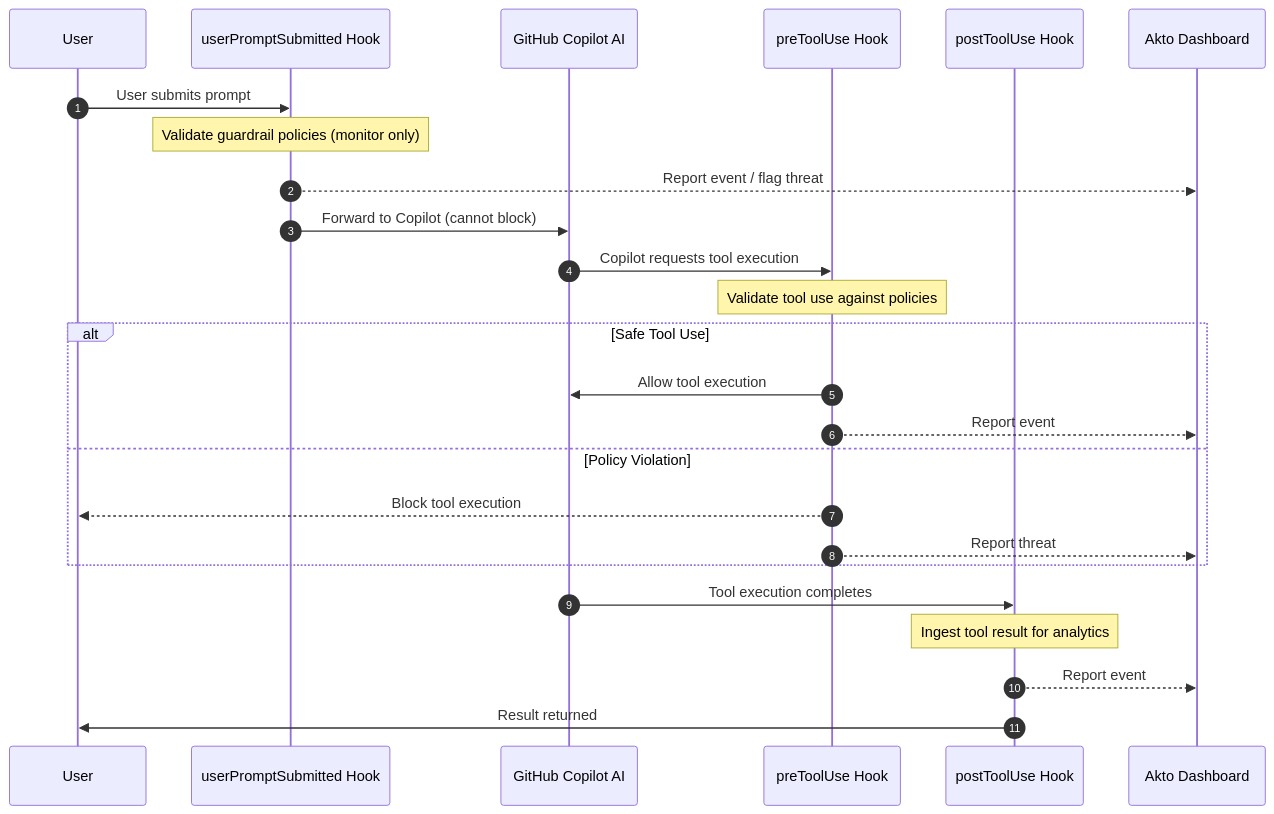
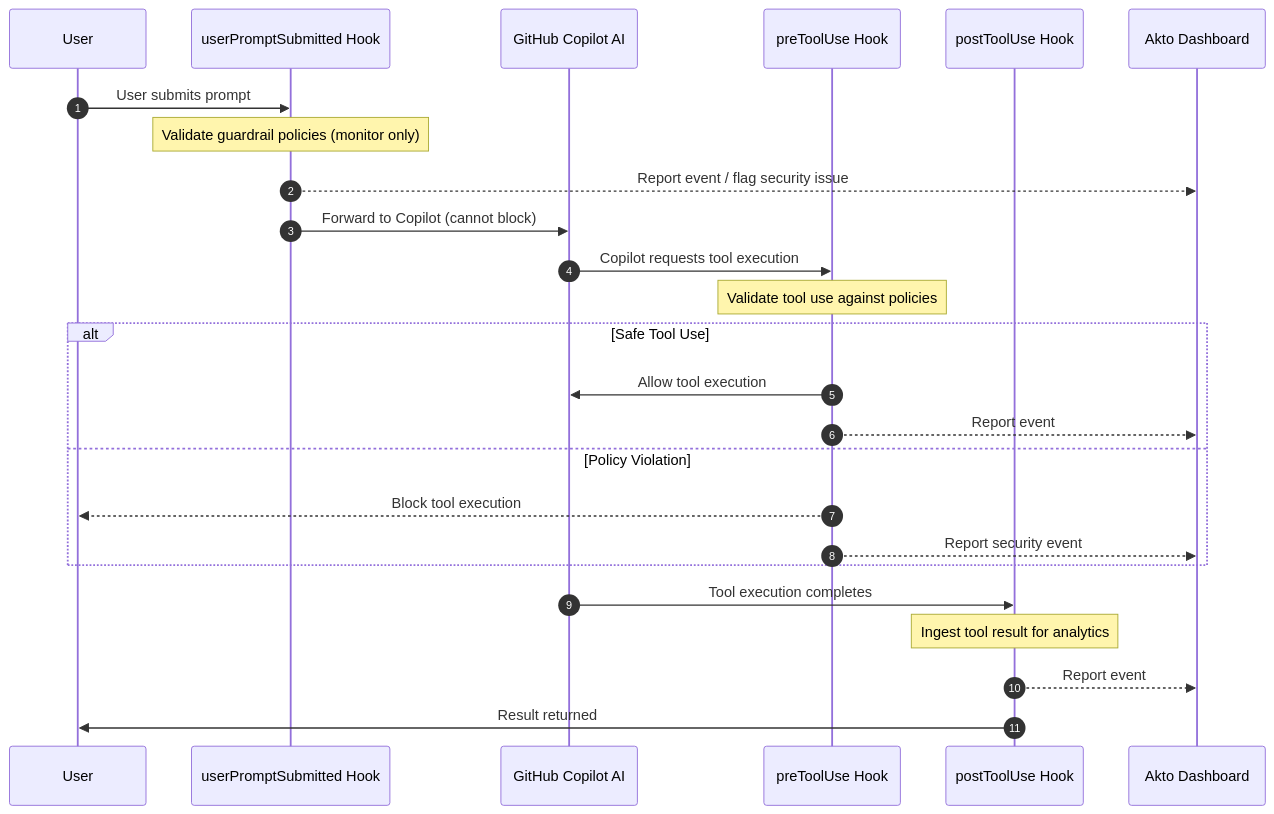
Before and after one commit to akto-api-security/Documentation: the diagram in akto-atlas-agentic-ai-security-for-employee-endpoints/endpoints-discovery-agents/copilot-cli-hooks.md, drawn with Mermaid. The commit also changed 40 other files, not shown here.

````diff
--- a/akto-atlas-agentic-ai-security-for-employee-endpoints/endpoints-discovery-agents/copilot-cli-hooks.md
+++ b/akto-atlas-agentic-ai-security-for-employee-endpoints/endpoints-discovery-agents/copilot-cli-hooks.md
@@ -21,30 +21,30 @@
 ```mermaid
 sequenceDiagram
     autonumber
     participant User
     participant PromptHook as userPromptSubmitted Hook
     participant Copilot as GitHub Copilot AI
     participant PreToolHook as preToolUse Hook
     participant PostToolHook as postToolUse Hook
     participant Akto as Akto Dashboard
 
     User->>PromptHook: User submits prompt
     Note over PromptHook: Validate guardrail policies (monitor only)
-    PromptHook-->>Akto: Report event / flag threat
+    PromptHook-->>Akto: Report event / flag security issue
     PromptHook->>Copilot: Forward to Copilot (cannot block)
 
     Copilot->>PreToolHook: Copilot requests tool execution
     Note over PreToolHook: Validate tool use against policies
     alt Safe Tool Use
         PreToolHook->>Copilot: Allow tool execution
         PreToolHook-->>Akto: Report event
     else Policy Violation
         PreToolHook-->>User: Block tool execution
-        PreToolHook-->>Akto: Report threat
+        PreToolHook-->>Akto: Report security event
     end
 
     Copilot->>PostToolHook: Tool execution completes
     Note over PostToolHook: Ingest tool result for analytics
     PostToolHook-->>Akto: Report event
     PostToolHook->>User: Result returned
 ```
````
